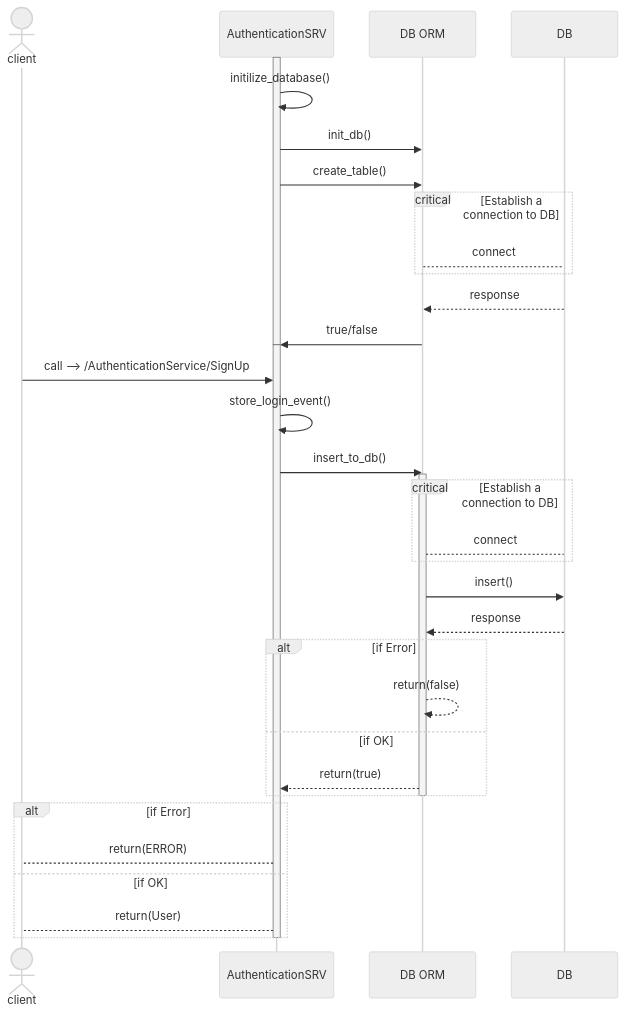
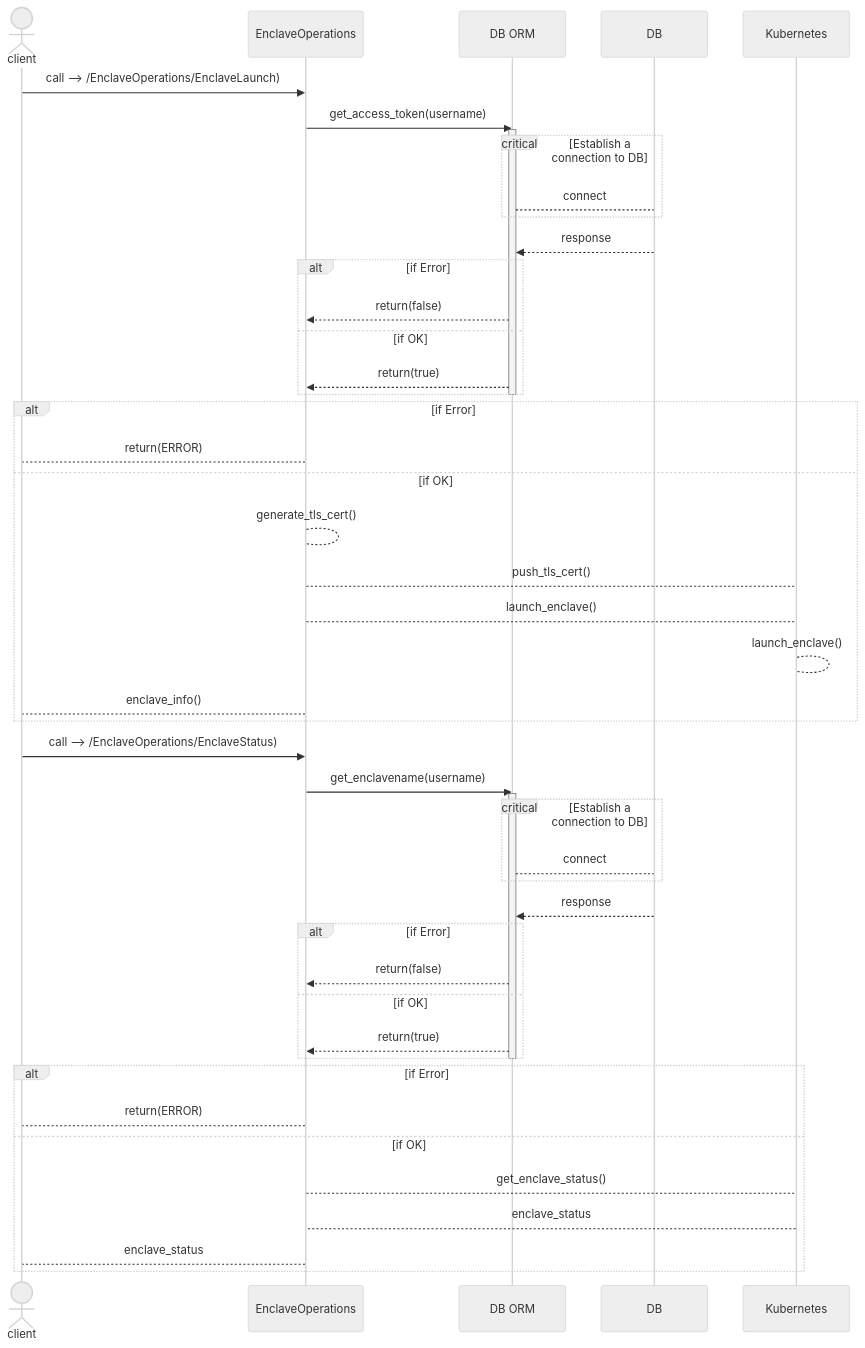
Before and after one commit to mmbazm/secure_license_server: the diagram in enclave/README.md, drawn with Mermaid (neutral theme). The commit also changed other lines of this file, not shown here.

Commit message:
Update enclave README

````diff
--- a/enclave/README.md
+++ b/enclave/README.md
@@ -40,43 +46,51 @@
 ```mermaid
 sequenceDiagram
     actor client
-    participant AuthenticationSRV
+    participant EnclaveOperations
     participant DB ORM
     participant DB
-    activate AuthenticationSRV
-    AuthenticationSRV->>AuthenticationSRV: initilize_database()
-    AuthenticationSRV->>DB ORM: init_db()
-    AuthenticationSRV->>DB ORM: create_table()
+    participant Kubernetes
+    client->>EnclaveOperations: call --> /EnclaveOperations/EnclaveLaunch)
+    EnclaveOperations->>DB ORM: get_access_token(username)
+    activate DB ORM
     critical Establish a connection to DB
     DB ORM-->DB: connect  
     end
     DB -->>DB ORM: response
-    DB ORM->>AuthenticationSRV: true/false
-    deactivate AuthenticationSRV
-    activate AuthenticationSRV
-    client->>AuthenticationSRV: call --> /AuthenticationService/SignUp
-    AuthenticationSRV->>AuthenticationSRV: store_login_event()
-    AuthenticationSRV->>DB ORM: insert_to_db()
+    alt if Error
+      DB ORM-->>EnclaveOperations: return(false)
+    else if OK
+      DB ORM-->>EnclaveOperations: return(true)
+    end
+    deactivate DB ORM
+    alt if Error
+      EnclaveOperations-->client: return(ERROR)
+    else if OK
+      EnclaveOperations-->EnclaveOperations: generate_tls_cert()
+      EnclaveOperations-->Kubernetes: push_tls_cert()
+      EnclaveOperations-->Kubernetes: launch_enclave()
+      Kubernetes-->Kubernetes: launch_enclave()
+      EnclaveOperations-->client: enclave_info()
+    end
+
+    client->>EnclaveOperations: call --> /EnclaveOperations/EnclaveStatus)
+    EnclaveOperations->>DB ORM: get_enclavename(username)
     activate DB ORM
     critical Establish a connection to DB
     DB ORM-->DB: connect  
     end
-
-    DB ORM->>DB: insert()
     DB -->>DB ORM: response
-
-
     alt if Error
-      DB ORM-->>DB ORM: return(false)
+      DB ORM-->>EnclaveOperations: return(false)
     else if OK
-      DB ORM-->>AuthenticationSRV: return(true)
+      DB ORM-->>EnclaveOperations: return(true)
     end
     deactivate DB ORM
     alt if Error
-      AuthenticationSRV-->client: return(ERROR)
+      EnclaveOperations-->client: return(ERROR)
     else if OK
-      AuthenticationSRV-->client: return(User)
+      EnclaveOperations-->Kubernetes: get_enclave_status()
+      Kubernetes-->EnclaveOperations: enclave_status
+      EnclaveOperations-->client: enclave_status
     end
-    deactivate AuthenticationSRV
-
 ```
````
